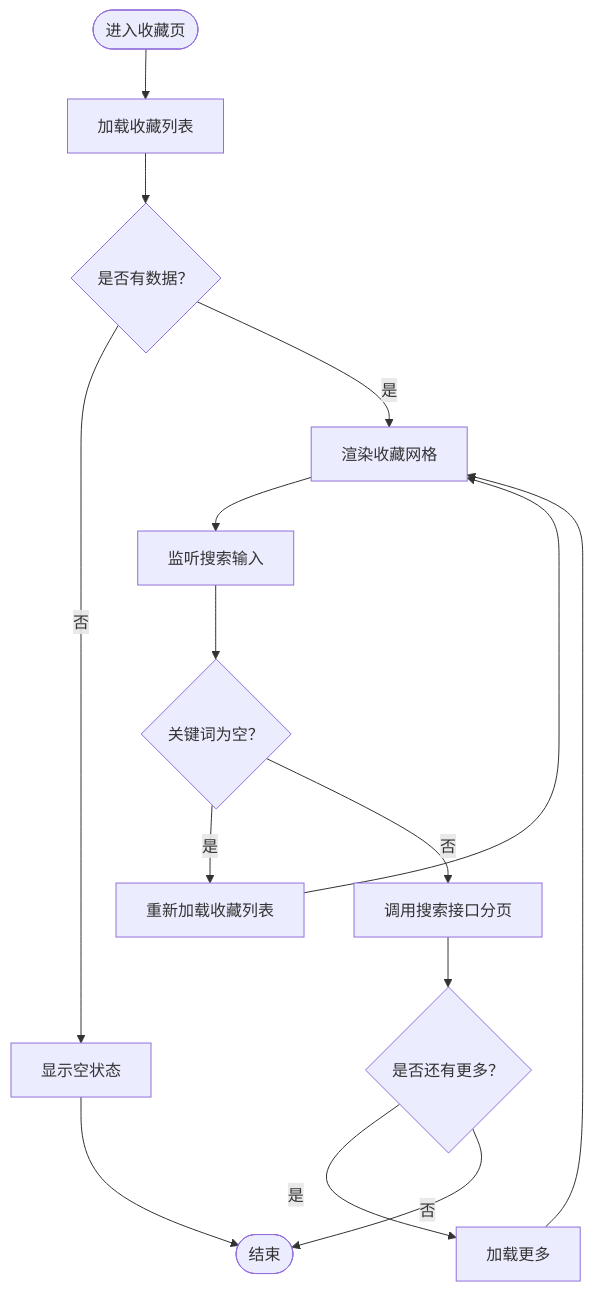
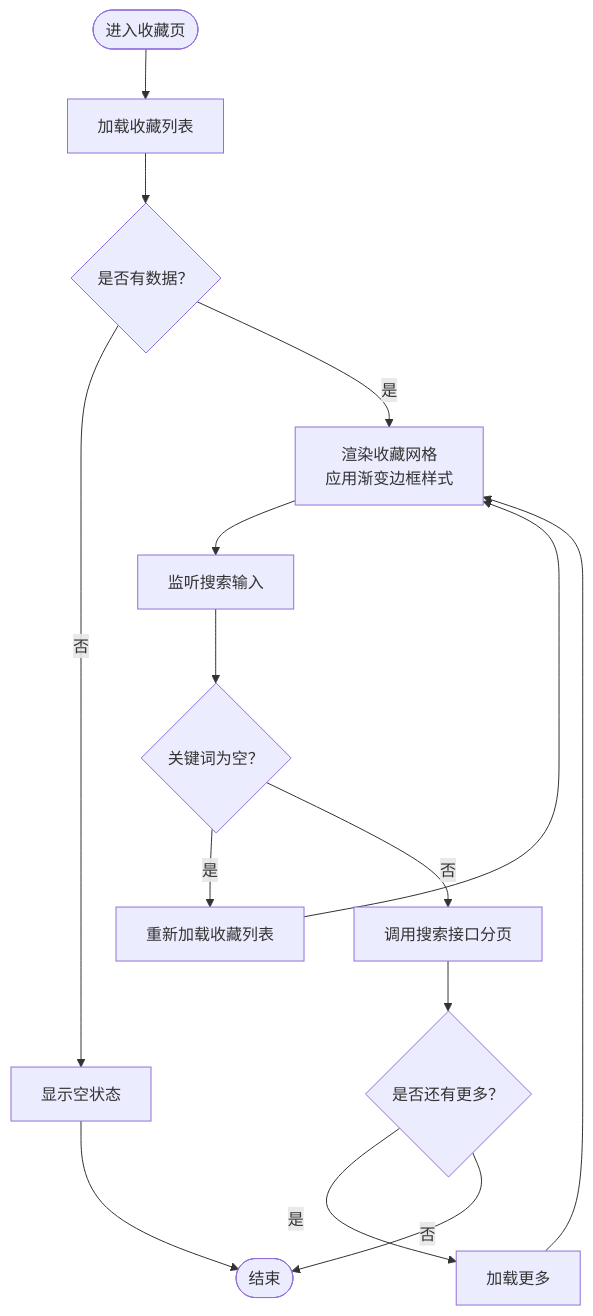
Before and after one commit to crazyma99/blueberry: the fourth of 7 diagrams in .qoder/repowiki/zh/content/核心功能模块/用户中心系统.md, drawn with Mermaid. The commit also changed other lines of this file and 24 other files, not shown here.

````diff
--- a/.qoder/repowiki/zh/content/核心功能模块/用户中心系统.md
+++ b/.qoder/repowiki/zh/content/核心功能模块/用户中心系统.md
@@ -236,17 +265,17 @@
 ```mermaid
 flowchart TD
 Start(["进入收藏页"]) --> Load["加载收藏列表"]
 Load --> HasData{"是否有数据？"}
 HasData --> |否| Empty["显示空状态"]
-HasData --> |是| Render["渲染收藏网格"]
+HasData --> |是| Render["渲染收藏网格<br/>应用渐变边框样式"]
 Render --> Search["监听搜索输入"]
 Search --> Keyword{"关键词为空？"}
 Keyword --> |是| Reload["重新加载收藏列表"]
 Keyword --> |否| DoSearch["调用搜索接口分页"]
 DoSearch --> More{"是否还有更多？"}
 More --> |是| LoadMore["加载更多"]
 More --> |否| End(["结束"])
 Reload --> Render
 LoadMore --> Render
 Empty --> End
 ```
````
